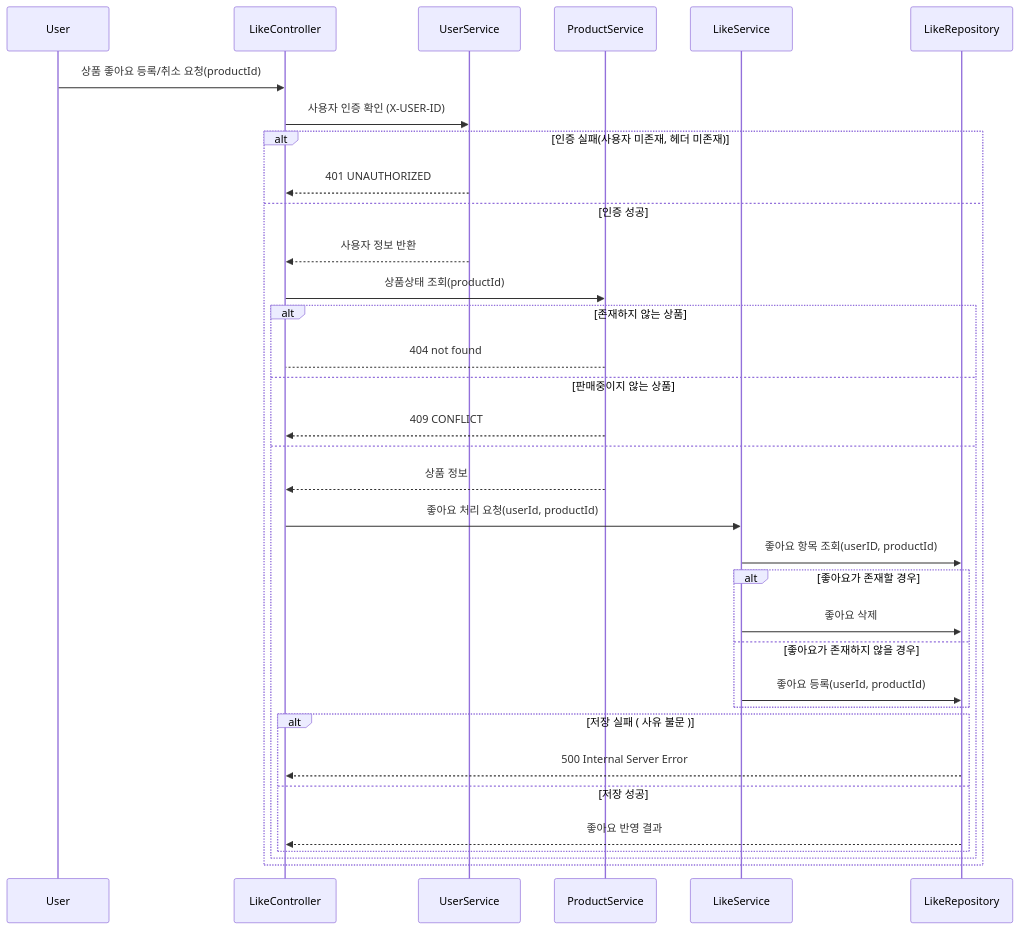
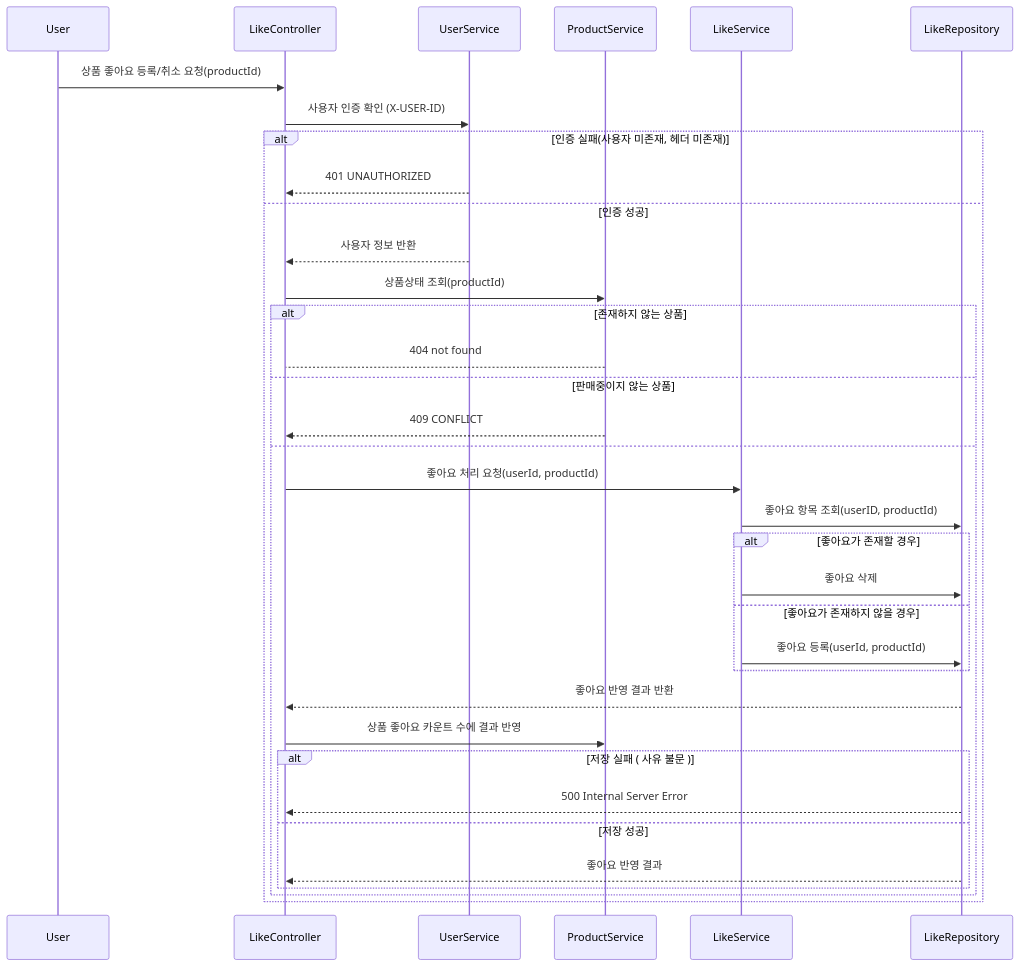
One commit to simbokyung98/loopers-ecommerce-system changed the first of 2 diagrams in docs/design/02-sequence-diagrams/Like.md. Above: the diagram before and after it, drawn with Mermaid.

Commit message:
docs : 좋아요 토글 시 상품 카운트에 추가 로직 시퀀스에 작성

````diff
--- a/docs/design/02-sequence-diagrams/Like.md
+++ b/docs/design/02-sequence-diagrams/Like.md
@@ -2,38 +2,40 @@
 ```mermaid 
         sequenceDiagram
         participant User
         participant LC as LikeController
         participant US as UserService
         participant PS as ProductService
         participant LS as LikeService
         participant LR as LikeRepository
         
         
             User->>LC: 상품 좋아요 등록/취소 요청(productId)
             LC->>US : 사용자 인증 확인 (X-USER-ID)
             alt 인증 실패(사용자 미존재, 헤더 미존재)
             US-->>LC: 401 UNAUTHORIZED
             else 인증 성공
             US-->>LC: 사용자 정보 반환
             LC->>PS: 상품상태 조회(productId)
             alt 존재하지 않는 상품
             PS-->LC: 404 not found
             else 판매중이지 않는 상품
             PS-->>LC : 409 CONFLICT
-            else 
-            PS-->>LC: 상품 정보
+            else
             LC->>LS : 좋아요 처리 요청(userId, productId)
             LS->>LR : 좋아요 항목 조회(userID, productId)
             alt 좋아요가 존재할 경우
             LS->>LR : 좋아요 삭제
             else 좋아요가 존재하지 않을 경우
             LS->>LR : 좋아요 등록(userId, productId)
             end
+            LR-->>LC : 좋아요 반영 결과 반환
+            LC->>PS : 상품 좋아요 카운트 수에 결과 반영
+            
                 alt 저장 실패 ( 사유 불문 )
                     LR -->> LC: 500 Internal Server Error
                 else 저장 성공
                     LR -->> LC: 좋아요 반영 결과
             end
         end
     end
 ```
````
